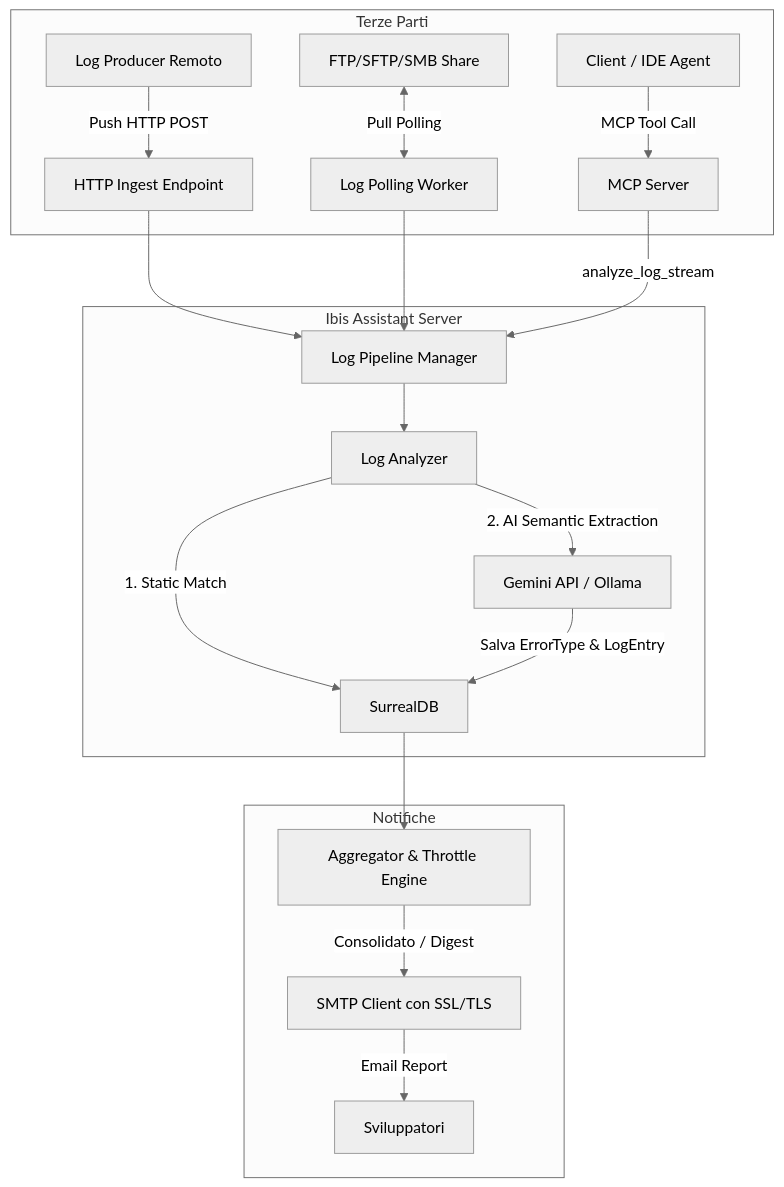
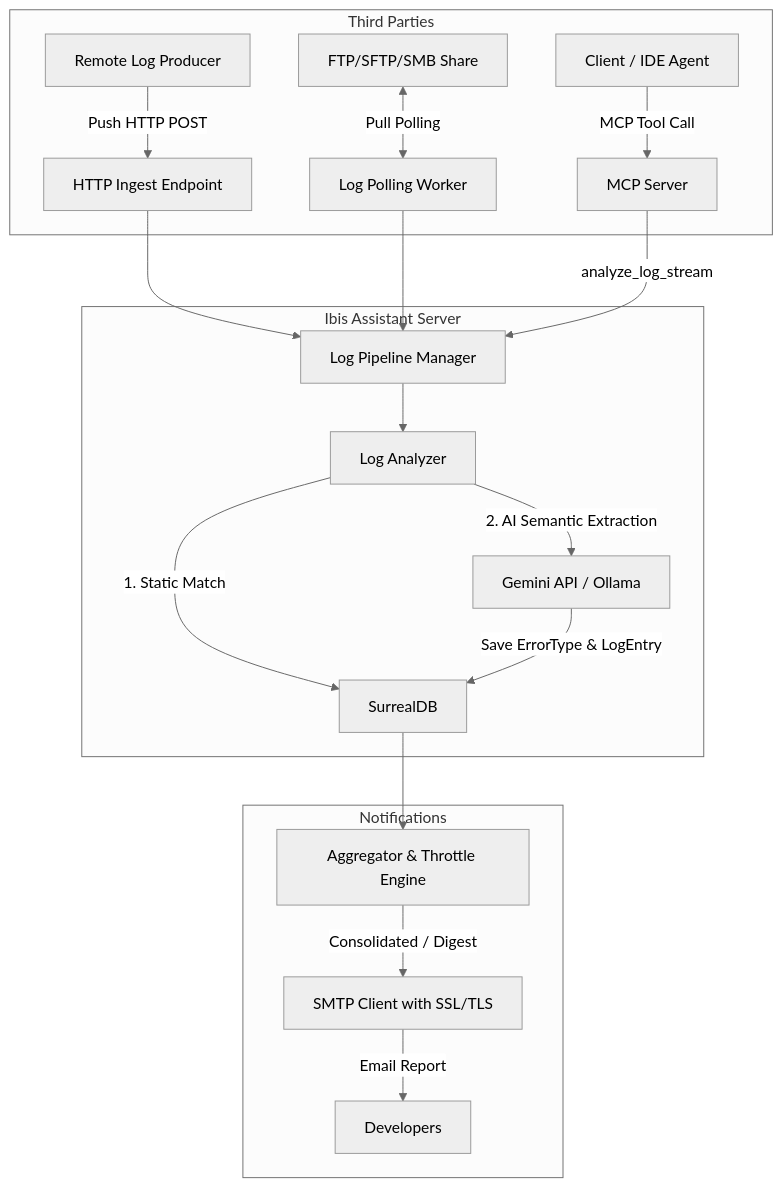
The diagram in docs/log_analysis_extension_proposal.md (terenzif/ibis-assistant), drawn with Mermaid (neutral theme) before and after one commit. The commit also changed other lines of this file and 81 other files, not shown here.

````diff
--- a/docs/log_analysis_extension_proposal.md
+++ b/docs/log_analysis_extension_proposal.md
@@ -28,25 +28,25 @@
 ```mermaid
 flowchart TD
-    subgraph Terze Parti
-        A[Log Producer Remoto] -->|Push HTTP POST| B[HTTP Ingest Endpoint]
+    subgraph Third Parties
+        A[Remote Log Producer] -->|Push HTTP POST| B[HTTP Ingest Endpoint]
         C[FTP/SFTP/SMB Share] <-->|Pull Polling| D[Log Polling Worker]
         E[Client / IDE Agent] -->|MCP Tool Call| F[MCP Server]
     end
 
     subgraph Ibis Assistant Server
         B --> G[Log Pipeline Manager]
         D --> G
         F -->|analyze_log_stream| G
         
         G --> H[Log Analyzer]
         H -->|1. Static Match| I[SurrealDB]
         H -->|2. AI Semantic Extraction| J[Gemini API / Ollama]
-        J -->|Salva ErrorType & LogEntry| I
+        J -->|Save ErrorType & LogEntry| I
     end
 
-    subgraph Notifiche
+    subgraph Notifications
         I --> K[Aggregator & Throttle Engine]
-        K -->|Consolidato / Digest| L[SMTP Client con SSL/TLS]
-        L -->|Email Report| M[Sviluppatori]
+        K -->|Consolidated / Digest| L[SMTP Client with SSL/TLS]
+        L -->|Email Report| M[Developers]
     end
 ```
````
